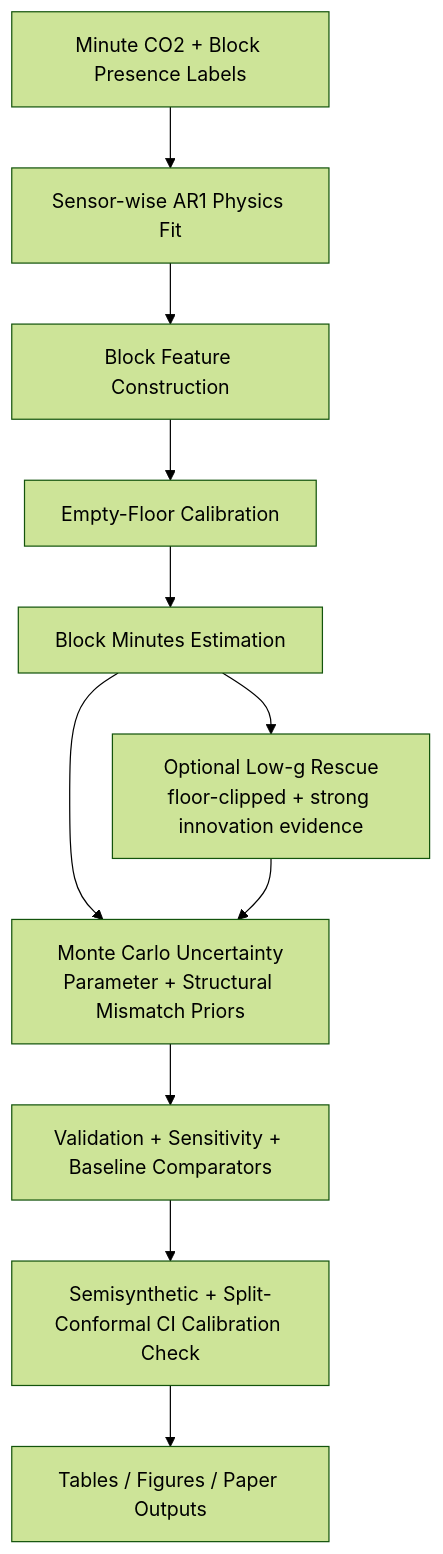
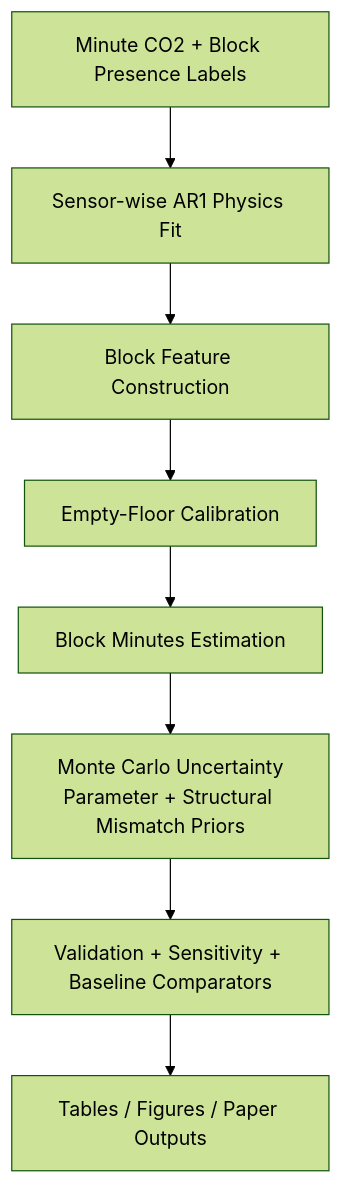
One commit to vanamagautam24/co2-occupancy-duration-inference-paper changed the first of 3 diagrams in README.md. Above: the diagram before and after it, drawn with Mermaid (forest theme). The commit also changed other lines of this file and 49 other files, not shown here.

Commit message:
Update occupancy pipeline, paper, and regenerated results/figures

````diff
--- a/README.md
+++ b/README.md
@@ -18,13 +18,10 @@
 ```mermaid
 flowchart TD
     A[Minute CO2 + Block Presence Labels] --> B[Sensor-wise AR1 Physics Fit]
     B --> C[Block Feature Construction]
     C --> D[Empty-Floor Calibration]
     D --> E[Block Minutes Estimation]
-    E --> R[Optional Low-g Rescue<br/>floor-clipped + strong innovation evidence]
     E --> F[Monte Carlo Uncertainty<br/>Parameter + Structural Mismatch Priors]
-    R --> F
     F --> G[Validation + Sensitivity + Baseline Comparators]
-    G --> SC[Semisynthetic + Split-Conformal CI Calibration Check]
-    SC --> H[Tables / Figures / Paper Outputs]
+    G --> H[Tables / Figures / Paper Outputs]
 ```
````
